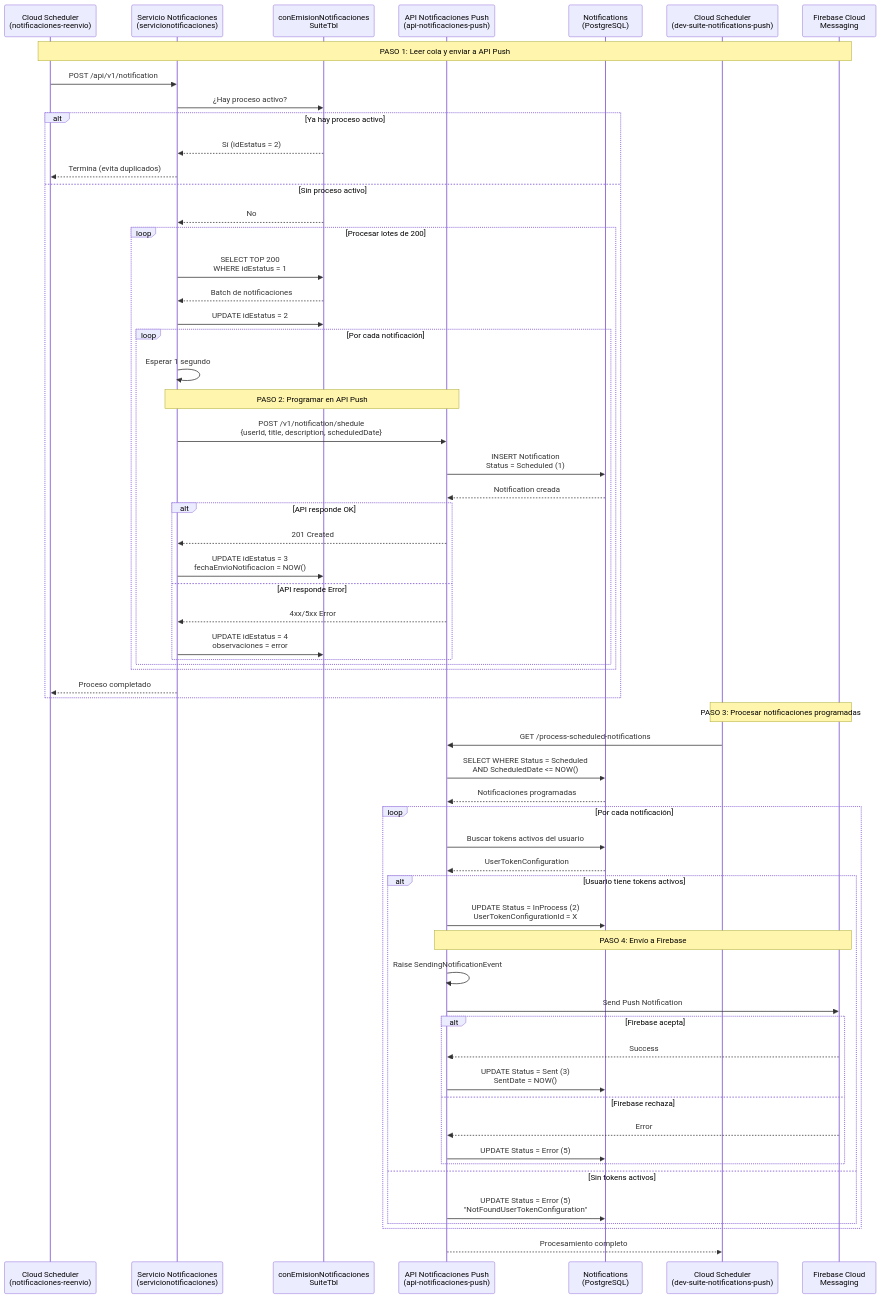
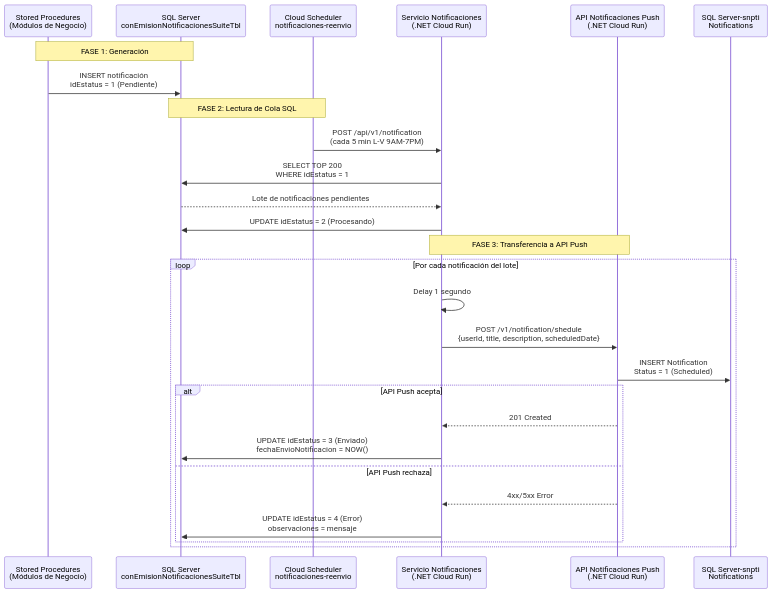
One commit to EdRre/documentacion changed the third of 5 diagrams in notificaciones_suite/DOCUMENTACION_FEATURE_NOTIFICACIONES_APPSUITE.md. Above: the diagram before and after it, drawn with Mermaid. The commit also changed other lines of this file, not shown here.

Commit message:
Implement feature X to enhance user experience and optimize performance

````diff
--- a/notificaciones_suite/DOCUMENTACION_FEATURE_NOTIFICACIONES_APPSUITE.md
+++ b/notificaciones_suite/DOCUMENTACION_FEATURE_NOTIFICACIONES_APPSUITE.md
@@ -170,72 +133,33 @@
 ```mermaid
 sequenceDiagram
-    participant CS1 as Cloud Scheduler<br/>(notificaciones-reenvio)
-    participant SRV as Servicio Notificaciones<br/>(servicionotificaciones)
-    participant DB1 as conEmisionNotificaciones<br/>SuiteTbl
-    participant API as API Notificaciones Push<br/>(api-notificaciones-push)
-    participant DB2 as Notifications<br/>(PostgreSQL)
-    participant CS2 as Cloud Scheduler<br/>(dev-suite-notifications-push)
-    participant FCM as Firebase Cloud<br/>Messaging
+    participant SP as Stored Procedures<br/>(Módulos de Negocio)
+    participant DB1 as SQL Server<br/>conEmisionNotificacionesSuiteTbl
+    participant CS1 as Cloud Scheduler<br/>notificaciones-reenvio
+    participant SRV as Servicio Notificaciones<br/>(.NET Cloud Run)
+    participant API as API Notificaciones Push<br/>(.NET Cloud Run)
+    participant DB2 as SQL Server-snpti<br/>Notifications
     
-    Note over CS1,FCM: PASO 1: Leer cola y enviar a API Push
-    CS1->>SRV: POST /api/v1/notification
-    SRV->>DB1: ¿Hay proceso activo?
-    alt Ya hay proceso activo
-        DB1-->>SRV: Sí (idEstatus = 2)
-        SRV-->>CS1: Termina (evita duplicados)
-    else Sin proceso activo
-        DB1-->>SRV: No
-        loop Procesar lotes de 200
-            SRV->>DB1: SELECT TOP 200<br/>WHERE idEstatus = 1
-            DB1-->>SRV: Batch de notificaciones
-            SRV->>DB1: UPDATE idEstatus = 2
-            
-            loop Por cada notificación
-                SRV->>SRV: Esperar 1 segundo
-                
-                Note over SRV,API: PASO 2: Programar en API Push
-                SRV->>API: POST /v1/notification/shedule<br/>{userId, title, description, scheduledDate}
-                API->>DB2: INSERT Notification<br/>Status = Scheduled (1)
-                DB2-->>API: Notification creada
-                
-                alt API responde OK
-                    API-->>SRV: 201 Created
-                    SRV->>DB1: UPDATE idEstatus = 3<br/>fechaEnvioNotificacion = NOW()
-                else API responde Error
-                    API-->>SRV: 4xx/5xx Error
-                    SRV->>DB1: UPDATE idEstatus = 4<br/>observaciones = error
-                end
-            end
-        end
-        SRV-->>CS1: Proceso completado
-    end
+    Note over SP,DB1: FASE 1: Generación
+    SP->>DB1: INSERT notificación<br/>idEstatus = 1 (Pendiente)
     
-    Note over CS2,FCM: PASO 3: Procesar notificaciones programadas
-    CS2->>API: GET /process-scheduled-notifications
-    API->>DB2: SELECT WHERE Status = Scheduled<br/>AND ScheduledDate <= NOW()
-    DB2-->>API: Notificaciones programadas
+    Note over CS1,DB1: FASE 2: Lectura de Cola SQL
+    CS1->>SRV: POST /api/v1/notification<br/>(cada 5 min L-V 9AM-7PM)
+    SRV->>DB1: SELECT TOP 200<br/>WHERE idEstatus = 1
+    DB1-->>SRV: Lote de notificaciones pendientes
+    SRV->>DB1: UPDATE idEstatus = 2 (Procesando)
     
-    loop Por cada notificación
-        API->>DB2: Buscar tokens activos del usuario
-        DB2-->>API: UserTokenConfiguration
-        alt Usuario tiene tokens activos
-            API->>DB2: UPDATE Status = InProcess (2)<br/>UserTokenConfigurationId = X
-            
-            Note over API,FCM: PASO 4: Envío a Firebase
-            API->>API: Raise SendingNotificationEvent
-            API->>FCM: Send Push Notification
-            
-            alt Firebase acepta
-                FCM-->>API: Success
-                API->>DB2: UPDATE Status = Sent (3)<br/>SentDate = NOW()
-            else Firebase rechaza
-                FCM-->>API: Error
-                API->>DB2: UPDATE Status = Error (5)
-            end
-        else Sin tokens activos
-            API->>DB2: UPDATE Status = Error (5)<br/>"NotFoundUserTokenConfiguration"
+    Note over SRV,API: FASE 3: Transferencia a API Push
+    loop Por cada notificación del lote
+        SRV->>SRV: Delay 1 segundo
+        SRV->>API: POST /v1/notification/shedule<br/>{userId, title, description, scheduledDate}
+        API->>DB2: INSERT Notification<br/>Status = 1 (Scheduled)
+        
+        alt API Push acepta
+            API-->>SRV: 201 Created
+            SRV->>DB1: UPDATE idEstatus = 3 (Enviado)<br/>fechaEnvioNotificacion = NOW()
+        else API Push rechaza
+            API-->>SRV: 4xx/5xx Error
+            SRV->>DB1: UPDATE idEstatus = 4 (Error)<br/>observaciones = mensaje
         end
     end
-    
-    API-->>CS2: Procesamiento completo
 ```
````
